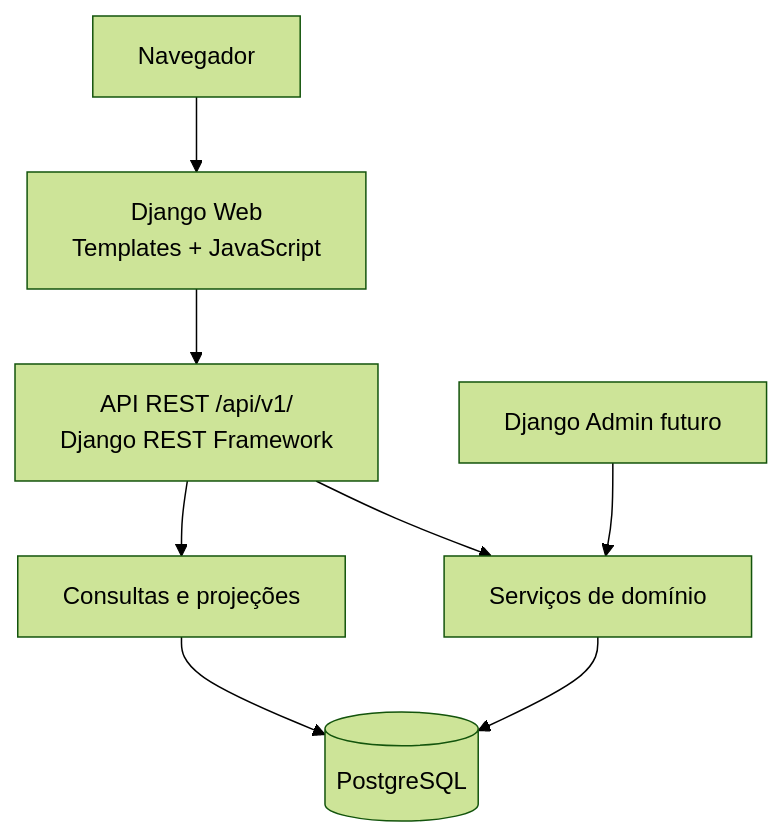
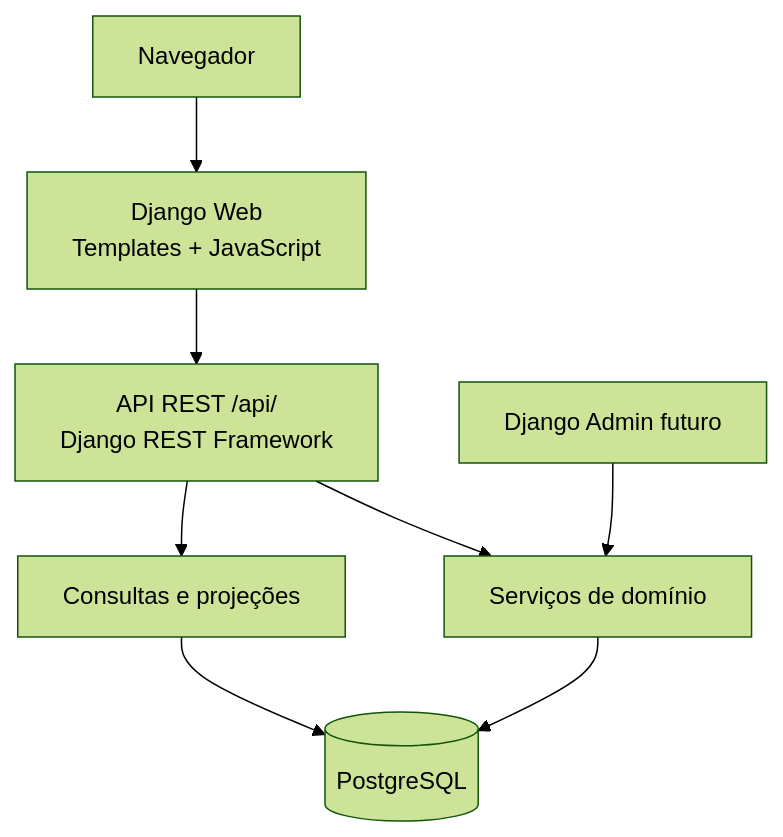
One commit to MarcosVini753/estagio changed the diagram in docs/architecture/diagrams/c4-container.md. Above: the diagram before and after it, drawn with Mermaid (forest theme). The commit also changed other lines of this file and 35 other files, not shown here.

````diff
--- a/docs/architecture/diagrams/c4-container.md
+++ b/docs/architecture/diagrams/c4-container.md
@@ -3,20 +3,20 @@
 ```mermaid
 flowchart TB
     browser[Navegador]
     web[Django Web
 Templates + JavaScript]
-    api[API REST /api/v1/
+    api[API REST /api/
 Django REST Framework]
     services[Serviços de domínio]
     reports[Consultas e projeções]
     db[(PostgreSQL)]
     admin[Django Admin futuro]
 
     browser --> web
     web --> api
     api --> services
     api --> reports
     services --> db
     reports --> db
     admin --> services
 ```
````
